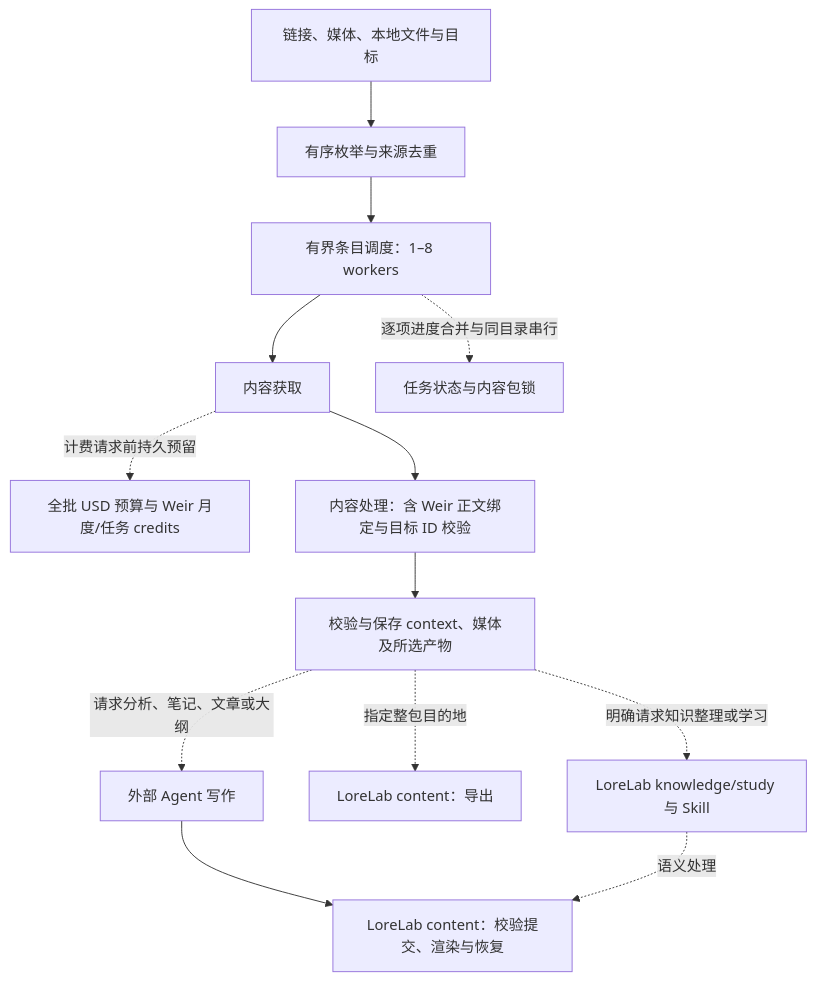
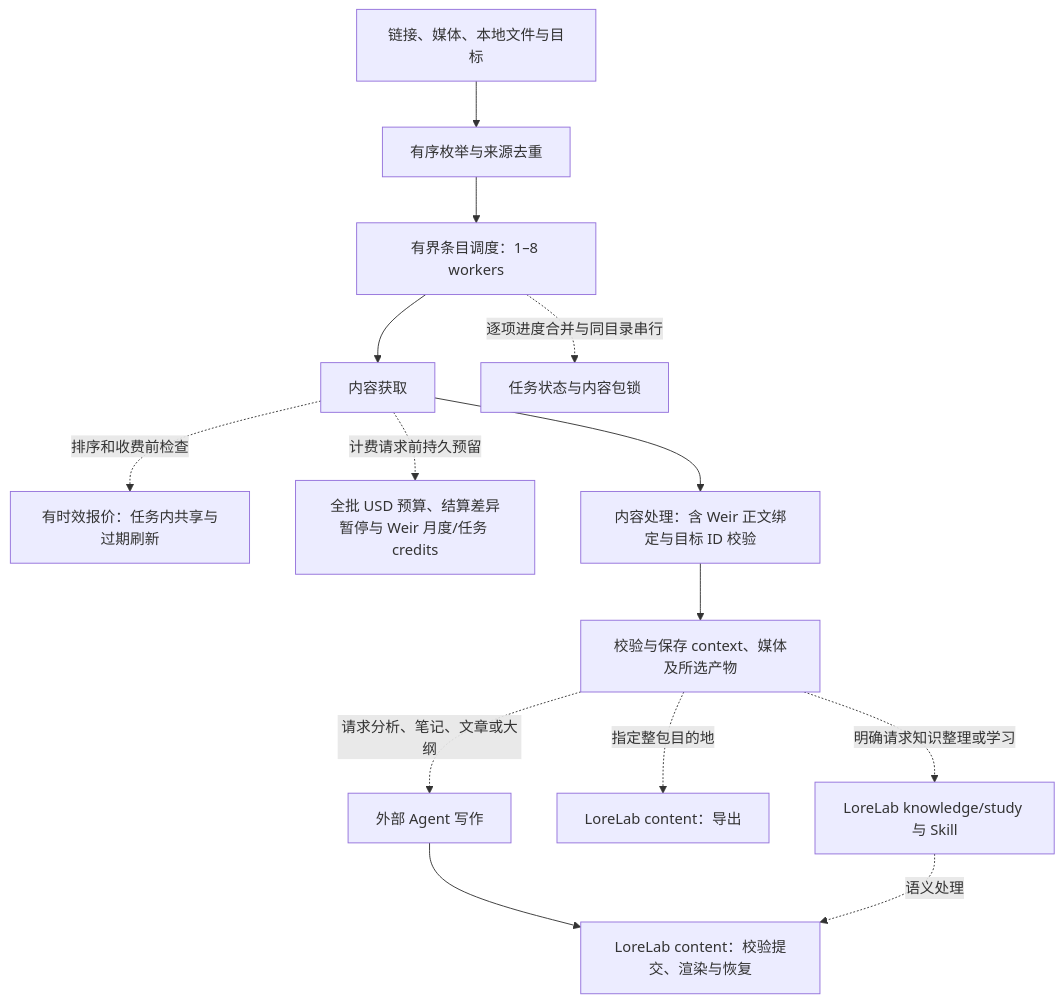
Before and after one commit to 0xTotoroX/lorelab: the first of 2 diagrams in modules/soota/docs/providers.md, drawn with Mermaid. The commit also changed other lines of this file and 65 other files, not shown here.

````diff
--- a/modules/soota/docs/providers.md
+++ b/modules/soota/docs/providers.md
@@ -19,16 +19,17 @@
 ```mermaid
 flowchart TD
     A[链接、媒体、本地文件与目标] --> B[有序枚举与来源去重]
     B --> H[有界条目调度：1–8 workers]
     H --> C[内容获取]
     H -.逐项进度合并与同目录串行.-> S[任务状态与内容包锁]
-    C -.计费请求前持久预留.-> Q[全批 USD 预算与 Weir 月度/任务 credits]
+    C -.排序和收费前检查.-> P[有时效报价：任务内共享与过期刷新]
+    C -.计费请求前持久预留.-> Q[全批 USD 预算、结算差异暂停与 Weir 月度/任务 credits]
     C --> D[内容处理：含 Weir 正文绑定与目标 ID 校验]
     D --> E[校验与保存 context、媒体及所选产物]
     E -.请求分析、笔记、文章或大纲.-> F[外部 Agent 写作]
     F --> L[LoreLab content：校验提交、渲染与恢复]
     E -.指定整包目的地.-> G[LoreLab content：导出]
     E -.明确请求知识整理或学习.-> K[LoreLab knowledge/study 与 Skill]
     K -.语义处理.-> L
 
 ```
````
